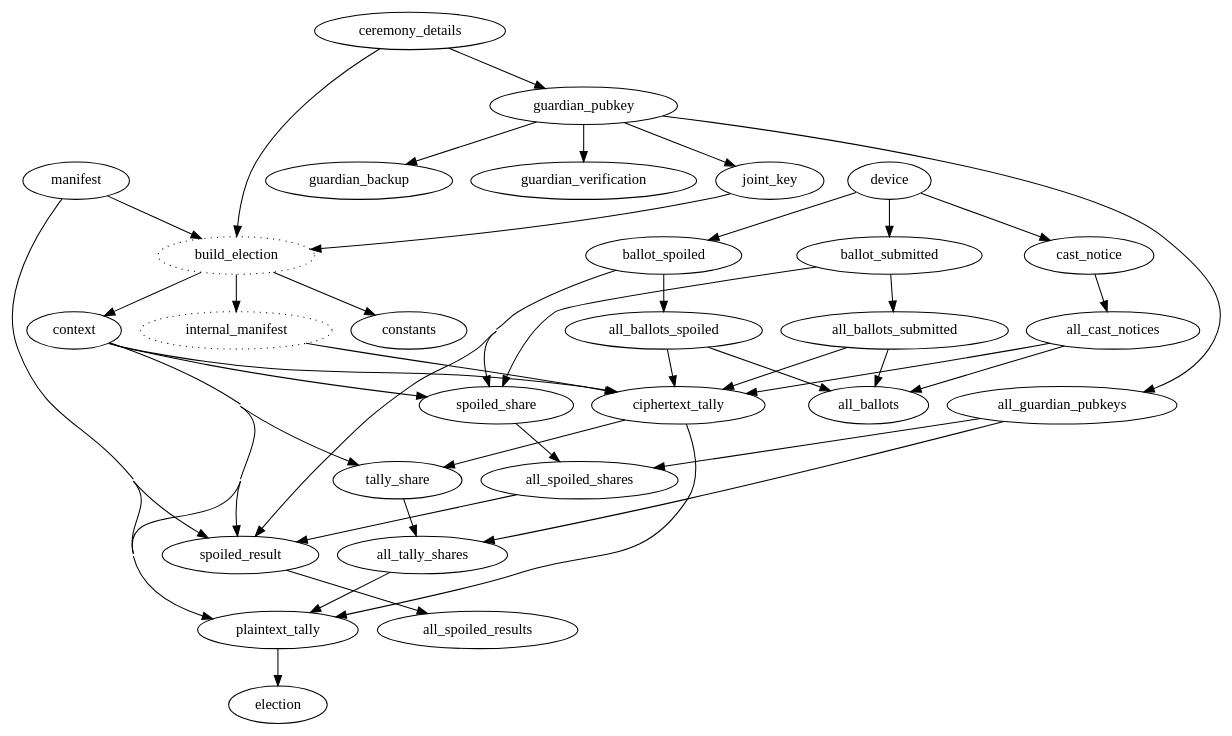
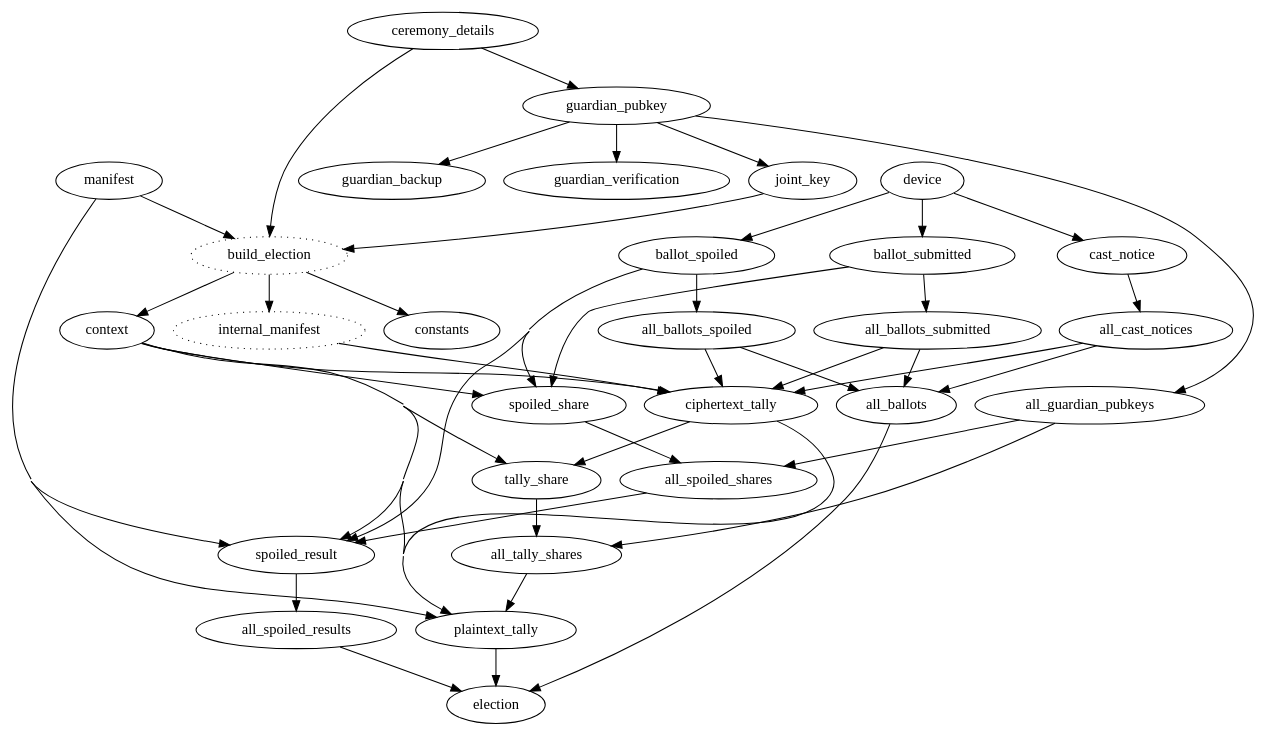
The diagram in milestone1/verifier/verifier_deps.dot (jefdaj/electionguard-cardano), drawn with Graphviz before and after one commit. The commit also changed 2 other files, not shown here.

```diff
--- a/milestone1/verifier/verifier_deps.dot
+++ b/milestone1/verifier/verifier_deps.dot
@@ -1,60 +1,61 @@
 digraph verifier_deps {
   concentrate=true
 
   # nodes from PUBLIC_RECORDS keys
   manifest
   ceremony_details
   guardian_pubkey
   guardian_backup # TODO remove? not sure whether these are considered public
   guardian_verification
   joint_key
   constants
   context
   device
   ballot_submitted
   cast_notice
   ballot_spoiled
   ciphertext_tally
   tally_share
   spoiled_share
   plaintext_tally
   spoiled_result
   # summary # TODO remove once moved to verify step
   election
 
   # "all" versions of things that are actually sets
   guardian_pubkey -> all_guardian_pubkeys
   ballot_submitted -> all_ballots_submitted
   ballot_spoiled -> all_ballots_spoiled
   cast_notice -> all_cast_notices
   {all_ballots_submitted,all_ballots_spoiled,all_cast_notices} -> all_ballots # TODO all_ballots_spoiled not needed here?
   {all_guardian_pubkeys, spoiled_share} -> all_spoiled_shares
   spoiled_result -> all_spoiled_results
   {all_guardian_pubkeys, tally_share} -> all_tally_shares
 
   # misc other nodes added manually
   build_election [style=dotted]    # not really a dep, but makes it cleaner # TODO remove?
   internal_manifest [style=dotted] # not serializable; have to build_election each time
   # TODO verify? (the new 4_verify outputs. not sure if useful bc will depend on all other nodes)
 
   # dependenencies from guardian.py
   ceremony_details -> guardian_pubkey -> guardian_backup
   guardian_pubkey -> guardian_verification # TODO remove? it really depends on the *cardano* wallet key right?
   guardian_pubkey -> joint_key
   {ciphertext_tally,context} -> tally_share
   {context,ballot_submitted,ballot_spoiled} -> spoiled_share
   
 
   # dependencies from device.py
   device -> {ballot_submitted,ballot_spoiled,cast_notice}
 
   # dependenencies from admin.py
   {manifest,ceremony_details,joint_key} -> build_election -> {constants,internal_manifest,context}
   {internal_manifest,context,all_ballots_submitted,all_cast_notices,all_ballots_spoiled} -> ciphertext_tally
   {manifest,context,all_tally_shares,ciphertext_tally} -> plaintext_tally
   {manifest,context,all_spoiled_shares,ballot_spoiled} -> spoiled_result
 
   # overall election cerfification/verification
-  # TODO is this how people will see it? or will they care about each individual ballot?
-  plaintext_tally -> election
+  # TODO is this how people will see it? or will they only require the plaintext_tally?
+  # (either way, this is the way to get the code working first)
+  {all_ballots,all_spoiled_results,plaintext_tally} -> election
 }
```
